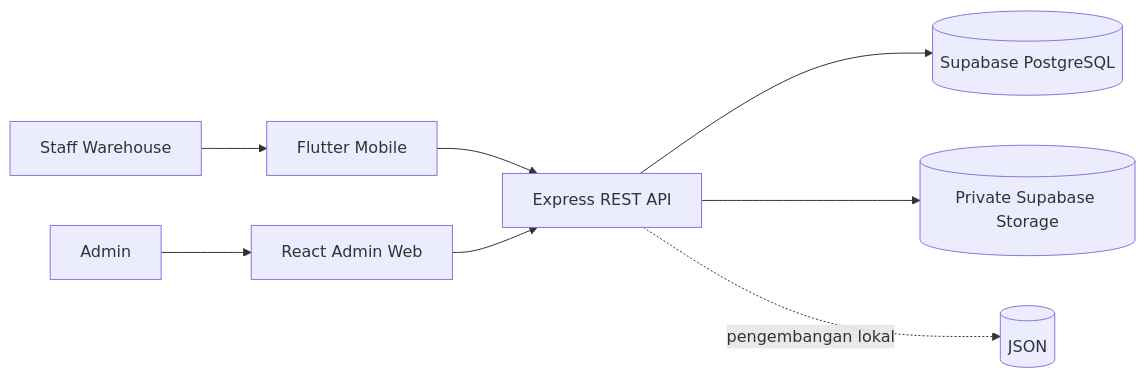
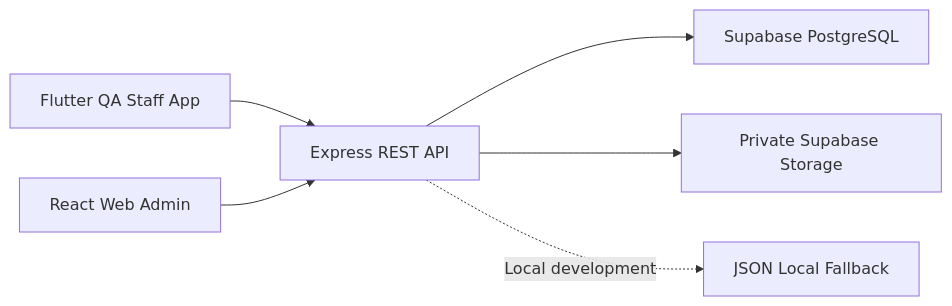
The diagram in README.md (farrelgaska/QA-Mobile-Apps), drawn with Mermaid before and after one commit. The commit also changed other lines of this file and 18 other files, not shown here.

````diff
--- a/README.md
+++ b/README.md
@@ -41,10 +66,15 @@
 ```mermaid
 flowchart LR
-    S["Staff Warehouse"] --> M["Flutter Mobile"]
-    A["Admin"] --> W["React Admin Web"]
-    M --> API["Express REST API"]
-    W --> API
-    API --> DB[("Supabase PostgreSQL")]
-    API --> ST[("Private Supabase Storage")]
-    API -. "pengembangan lokal" .-> J[("JSON")]
+    Mobile["Flutter QA Staff App"]
+    Admin["React Web Admin"]
+    API["Express REST API"]
+    Database["Supabase PostgreSQL"]
+    Storage["Private Supabase Storage"]
+    JSON["JSON Local Fallback"]
+
+    Mobile --> API
+    Admin --> API
+    API --> Database
+    API --> Storage
+    API -. Local development .-> JSON
 ```
````
